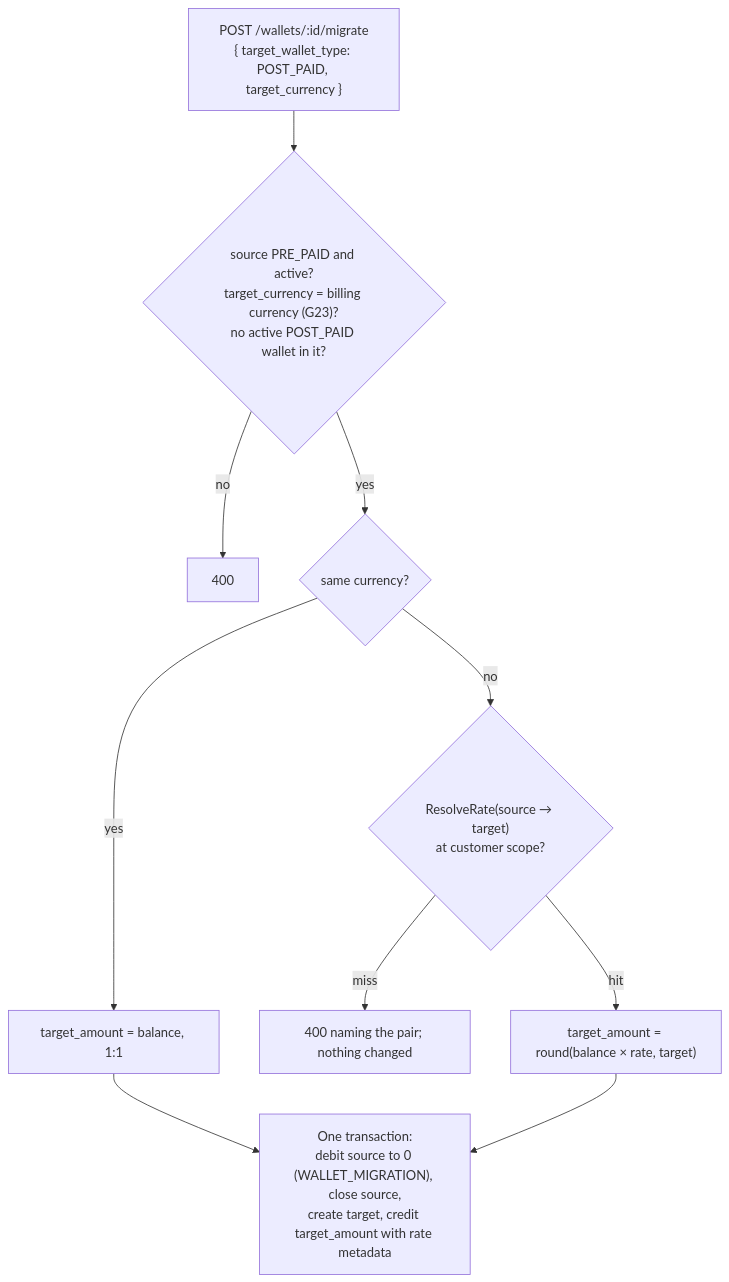
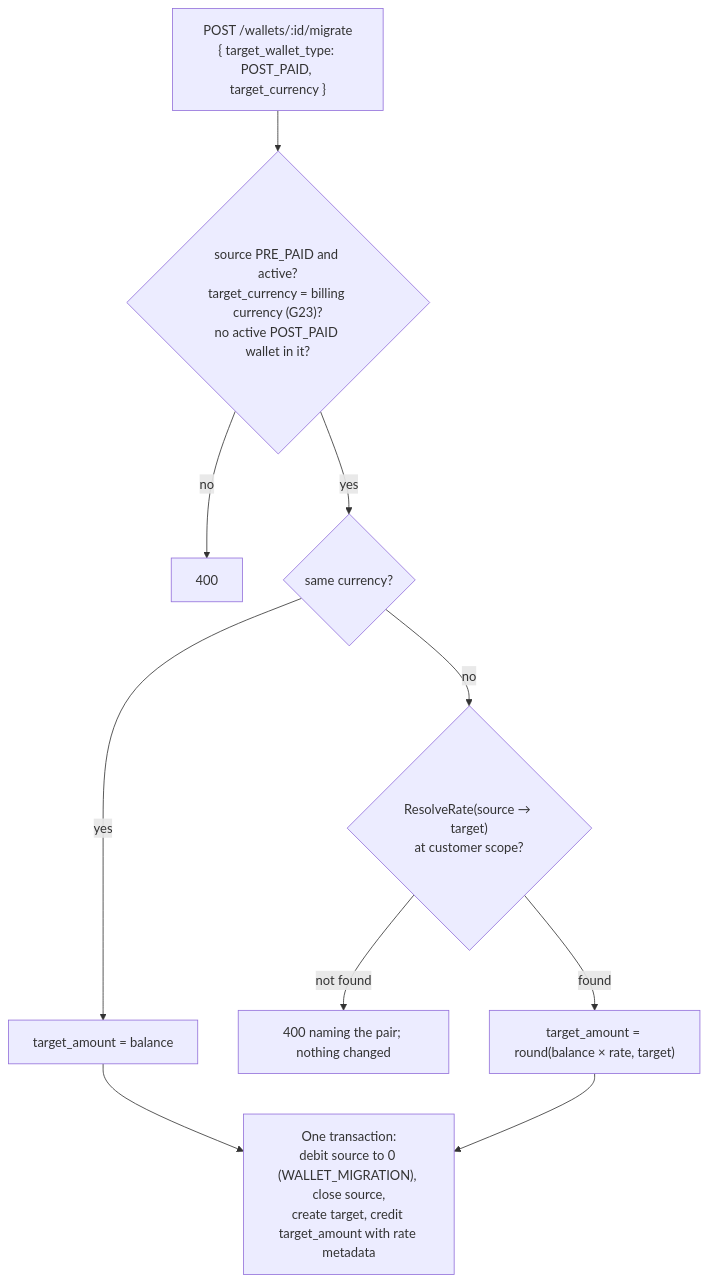
One commit to aghijap/flexprice-FLE-1411 changed the fifth of 5 diagrams in docs/design/2026-09-26-FLE-1383-adaptive-multi-currency-phase2-erd.md. Above: the diagram before and after it, drawn with Mermaid. The commit also changed other lines of this file and 1 other file, not shown here.

````diff
--- a/docs/design/2026-09-26-FLE-1383-adaptive-multi-currency-phase2-erd.md
+++ b/docs/design/2026-09-26-FLE-1383-adaptive-multi-currency-phase2-erd.md
@@ -363,12 +367,12 @@
 ```mermaid
 flowchart TD
     A["POST /wallets/:id/migrate<br/>{ target_wallet_type: POST_PAID, target_currency }"] --> V{"source PRE_PAID and active?<br/>target_currency = billing currency (G23)?<br/>no active POST_PAID wallet in it?"}
     V -- no --> R["400"]
     V -- yes --> S{"same currency?"}
-    S -- yes --> M1["target_amount = balance, 1:1"]
+    S -- yes --> M1["target_amount = balance"]
     S -- no --> RR{"ResolveRate(source → target)<br/>at customer scope?"}
-    RR -- miss --> R2["400 naming the pair; nothing changed"]
-    RR -- hit --> M2["target_amount = round(balance × rate, target)"]
+    RR -- "not found" --> R2["400 naming the pair; nothing changed"]
+    RR -- found --> M2["target_amount = round(balance × rate, target)"]
     M1 --> TX
     M2 --> TX["One transaction:<br/>debit source to 0 (WALLET_MIGRATION), close source,<br/>create target, credit target_amount with rate metadata"]
 ```
````
